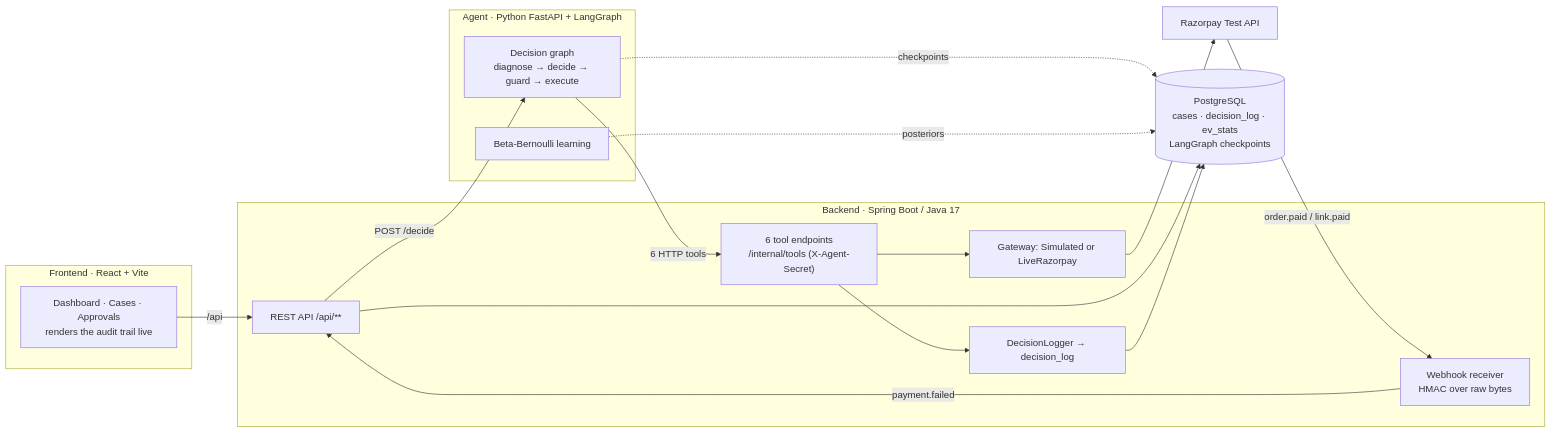
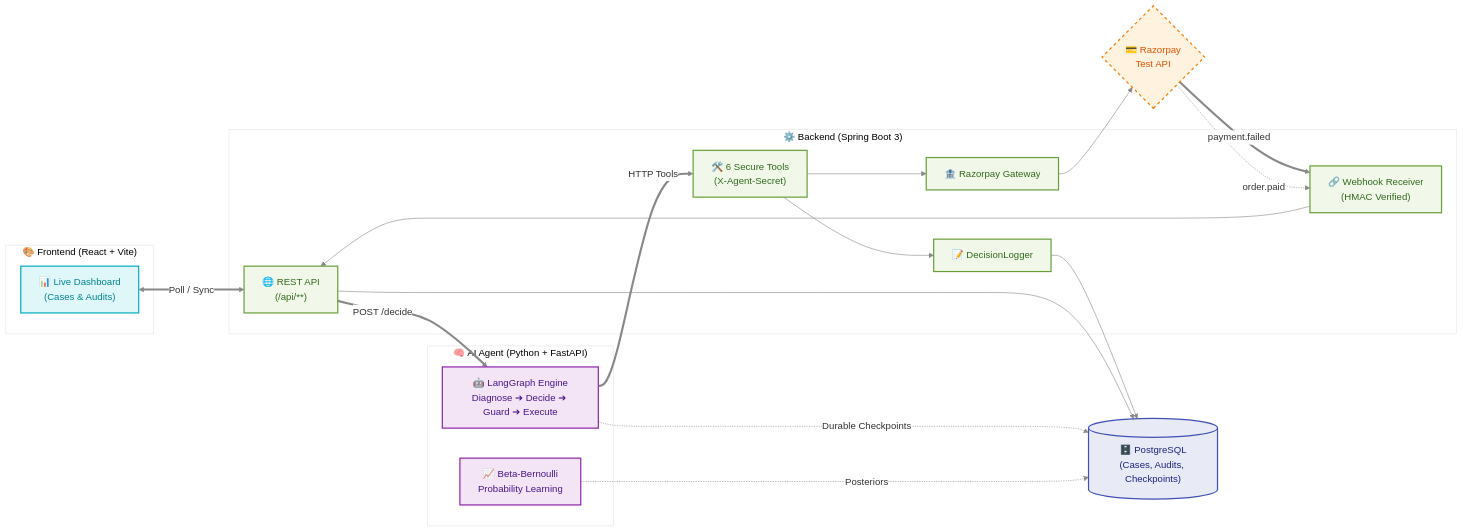
One commit to engnaman7752/razorpay-revenue-recovery-engine changed the first of 3 diagrams in README.md. Above: the diagram before and after it, drawn with Mermaid. The commit also changed other lines of this file, not shown here.

Commit message:
docs: beautify mermaid diagrams with colors and styles

````diff
--- a/README.md
+++ b/README.md
@@ -56,35 +56,43 @@
 ```mermaid
+%%{init: {'theme': 'base', 'themeVariables': { 'primaryColor': '#ffffff', 'primaryBorderColor': '#333333', 'lineColor': '#888888', 'fontFamily': 'arial'}}}%%
 flowchart LR
-    subgraph FE["Frontend · React + Vite"]
-        UI["Dashboard · Cases · Approvals<br/>renders the audit trail live"]
+    classDef frontend fill:#e0f7fa,stroke:#00acc1,stroke-width:2px,color:#00838f
+    classDef backend fill:#f1f8e9,stroke:#689f38,stroke-width:2px,color:#33691e
+    classDef agent fill:#f3e5f5,stroke:#8e24aa,stroke-width:2px,color:#4a148c
+    classDef external fill:#fff3e0,stroke:#f57c00,stroke-width:2px,color:#e65100,stroke-dasharray: 5 5
+    classDef db fill:#e8eaf6,stroke:#3f51b5,stroke-width:2px,color:#1a237e
+
+    subgraph FE["🎨 Frontend (React + Vite)"]
+        UI["📊 Live Dashboard<br/>(Cases & Audits)"]:::frontend
     end
 
-    subgraph BE["Backend · Spring Boot / Java 17"]
-        API["REST API /api/**"]
-        TOOLS["6 tool endpoints<br/>/internal/tools (X-Agent-Secret)"]
-        WH["Webhook receiver<br/>HMAC over raw bytes"]
-        GW["Gateway: Simulated or LiveRazorpay"]
-        LOG["DecisionLogger → decision_log"]
+    subgraph BE["⚙️ Backend (Spring Boot 3)"]
+        API["🌐 REST API<br/>(/api/**)"]:::backend
+        WH["🔗 Webhook Receiver<br/>(HMAC Verified)"]:::backend
+        TOOLS["🛠️ 6 Secure Tools<br/>(X-Agent-Secret)"]:::backend
+        GW["🏦 Razorpay Gateway"]:::backend
+        LOG["📝 DecisionLogger"]:::backend
     end
 
-    subgraph AG["Agent · Python FastAPI + LangGraph"]
-        GRAPH["Decision graph<br/>diagnose → decide → guard → execute"]
-        LEARN["Beta-Bernoulli learning"]
+    subgraph AG["🧠 AI Agent (Python + FastAPI)"]
+        GRAPH["🤖 LangGraph Engine<br/>Diagnose ➔ Decide ➔ Guard ➔ Execute"]:::agent
+        LEARN["📈 Beta-Bernoulli<br/>Probability Learning"]:::agent
     end
 
-    DB[("PostgreSQL<br/>cases · decision_log · ev_stats<br/>LangGraph checkpoints")]
-    RZP["Razorpay Test API"]
+    RZP{"💳 Razorpay<br/>Test API"}:::external
+    DB[("🗄️ PostgreSQL<br/>(Cases, Audits, Checkpoints)")]:::db
 
-    UI -->|/api| API
-    API --> DB
-    WH -->|payment.failed| API
-    API -->|POST /decide| GRAPH
-    GRAPH -->|6 HTTP tools| TOOLS
+    UI <==>|Poll / Sync| API
+    RZP == "payment.failed" ==> WH
+    WH --> API
+    API == "POST /decide" ==> GRAPH
+    GRAPH == "HTTP Tools" ==> TOOLS
     TOOLS --> GW
     GW --> RZP
-    RZP -->|order.paid / link.paid| WH
+    RZP -. "order.paid" .-> WH
     TOOLS --> LOG
     LOG --> DB
-    GRAPH -.checkpoints.-> DB
-    LEARN -.posteriors.-> DB
+    API --> DB
+    GRAPH -. "Durable Checkpoints" .-> DB
+    LEARN -. "Posteriors" .-> DB
 ```
````
